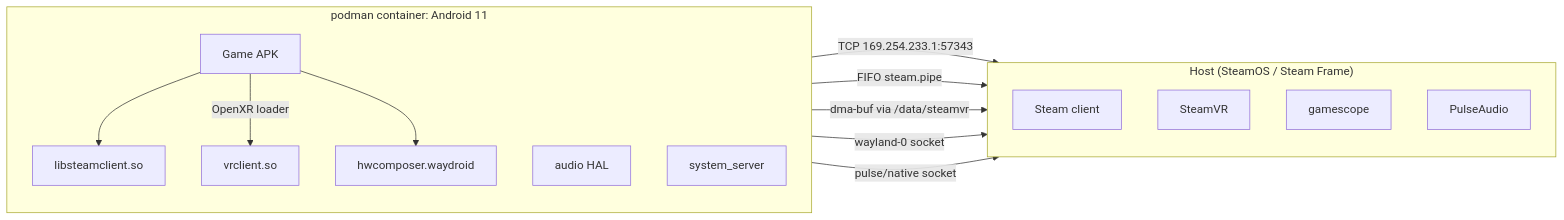
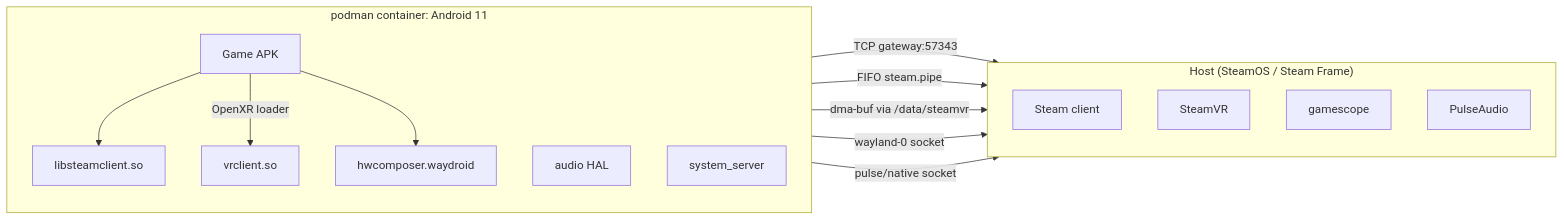
Before and after one commit to utzcoz/utzcoz.github.io: the first of 4 diagrams in _posts/2026-09-04-steam-frame-lepton-architecture.md, drawn with Mermaid. The commit also changed other lines of this file, not shown here.

````diff
--- a/_posts/2026-09-04-steam-frame-lepton-architecture.md
+++ b/_posts/2026-09-04-steam-frame-lepton-architecture.md
@@ -59,29 +60,29 @@
 ```mermaid
 graph LR
     subgraph container["podman container: Android 11"]
         direction TB
         game["Game APK"]
         steamclient["libsteamclient.so"]
         vrclient["vrclient.so"]
         hwc["hwcomposer.waydroid"]
         audio["audio HAL"]
         sysserver["system_server"]
     end
 
     subgraph host["Host (SteamOS / Steam Frame)"]
         direction TB
         steam["Steam client"]
         steamvr["SteamVR"]
         gamescope["gamescope"]
         pulse["PulseAudio"]
     end
 
     game --> steamclient
     game -->|OpenXR loader| vrclient
     game --> hwc
-    steamclient -->|"TCP 169.254.233.1:57343"| steam
+    steamclient -->|"TCP gateway:57343"| steam
     sysserver -->|"FIFO steam.pipe"| steam
     vrclient -->|"dma-buf via /data/steamvr"| steamvr
     hwc -->|"wayland-0 socket"| gamescope
     audio -->|"pulse/native socket"| pulse
 ```
````
